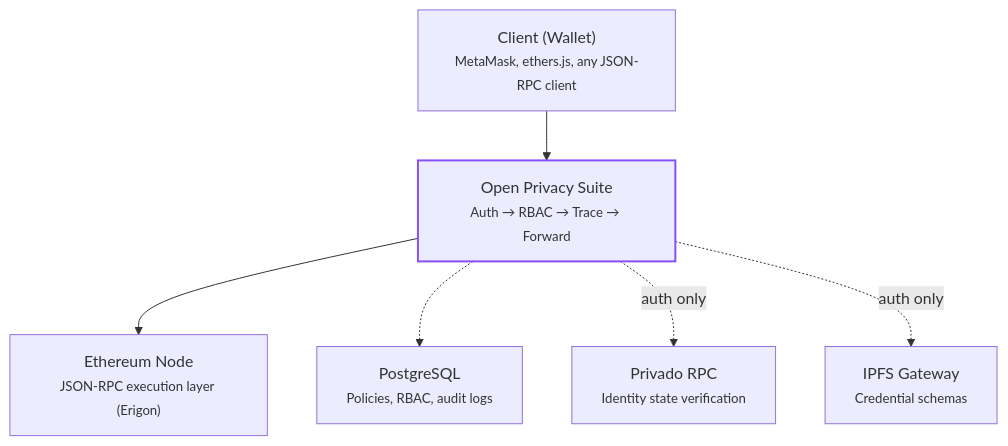
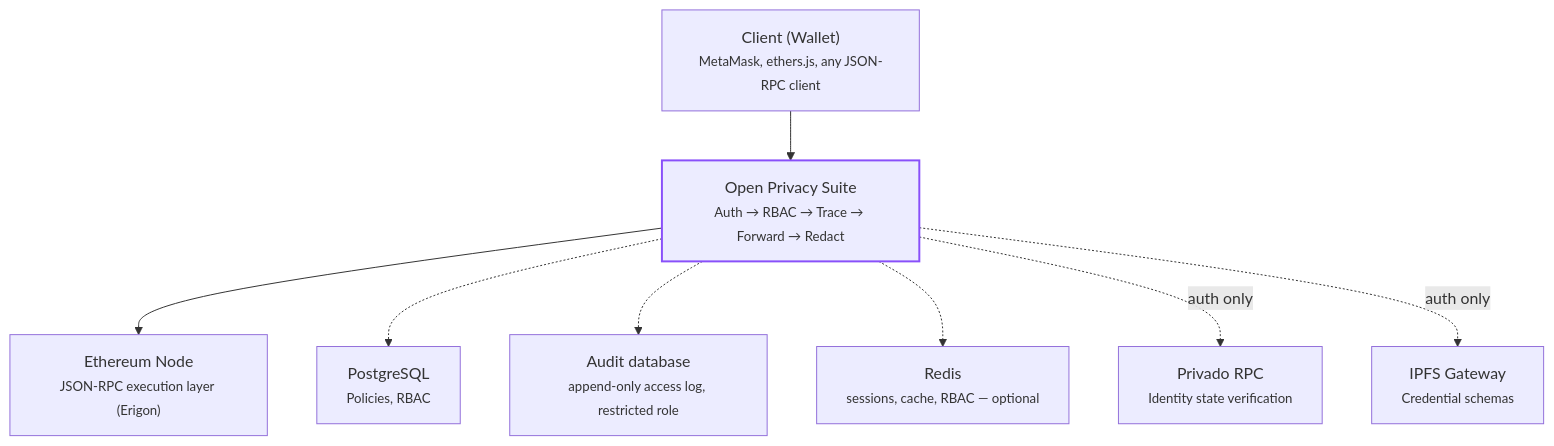
Before and after one commit to alainncls/open-privacy-suite: the first of 3 diagrams in site/src/app/docs/architecture/page.mdx, drawn with Mermaid. The commit also changed other lines of this file and 18 other files, not shown here.

````diff
--- a/site/src/app/docs/architecture/page.mdx
+++ b/site/src/app/docs/architecture/page.mdx
@@ -15,17 +15,21 @@
 ```mermaid
 graph TD
     Client["Client (Wallet)<br/><small>MetaMask, ethers.js, any JSON-RPC client</small>"]
-    Proxy["Open Privacy Suite<br/><small>Auth → RBAC → Trace → Forward</small>"]
+    Proxy["Open Privacy Suite<br/><small>Auth → RBAC → Trace → Forward → Redact</small>"]
     Eth["Ethereum Node<br/><small>JSON-RPC execution layer (Erigon)</small>"]
-    DB["PostgreSQL<br/><small>Policies, RBAC, audit logs</small>"]
+    DB["PostgreSQL<br/><small>Policies, RBAC</small>"]
+    Audit["Audit database<br/><small>append-only access log, restricted role</small>"]
+    Redis["Redis<br/><small>sessions, cache, RBAC — optional</small>"]
     Privado["Privado RPC<br/><small>Identity state verification</small>"]
     IPFS["IPFS Gateway<br/><small>Credential schemas</small>"]
 
     Client --> Proxy
     Proxy --> Eth
     Proxy -.-> DB
+    Proxy -.-> Audit
+    Proxy -.-> Redis
     Proxy -.->|"auth only"| Privado
     Proxy -.->|"auth only"| IPFS
 
     style Proxy stroke:#8950FA,stroke-width:2px
 ```
````
